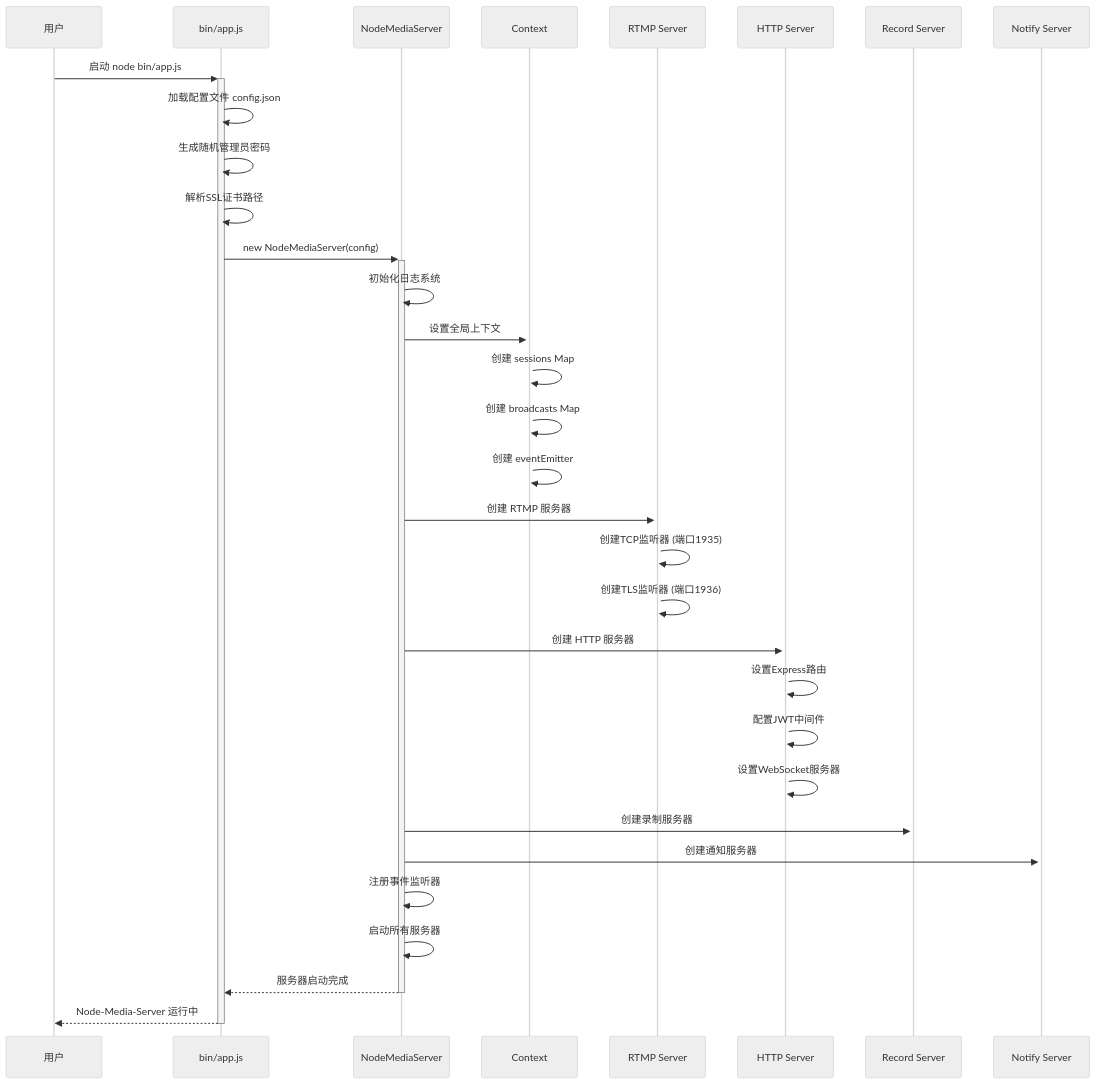
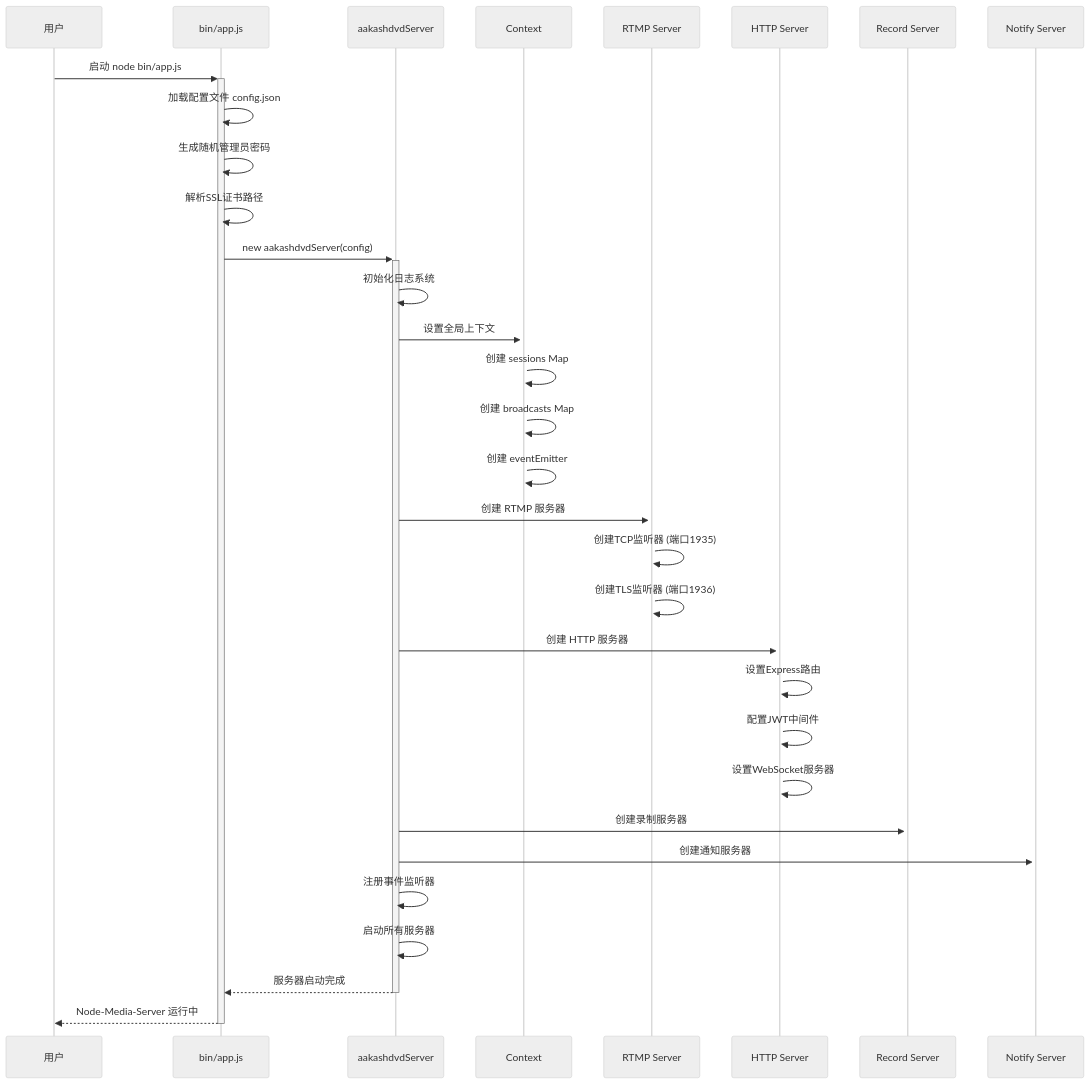
One commit to aakashdvd/NodeCast-Media changed the first of 8 diagrams in docs/sequence-diagrams.md. Above: the diagram before and after it, drawn with Mermaid (neutral theme). The commit also changed 28 other files, not shown here.

````diff
--- a/docs/sequence-diagrams.md
+++ b/docs/sequence-diagrams.md
@@ -5,35 +5,35 @@
 ```mermaid
 sequenceDiagram
     participant User as 用户
     participant App as bin/app.js
-    participant NMS as NodeMediaServer
+    participant NMS as aakashdvdServer
     participant Context as Context
     participant RtmpServer as RTMP Server
     participant HttpServer as HTTP Server
     participant RecordServer as Record Server
     participant NotifyServer as Notify Server
 
     User->>+App: 启动 node bin/app.js
     App->>App: 加载配置文件 config.json
     App->>App: 生成随机管理员密码
     App->>App: 解析SSL证书路径
-    App->>+NMS: new NodeMediaServer(config)
+    App->>+NMS: new aakashdvdServer(config)
     NMS->>NMS: 初始化日志系统
     NMS->>+Context: 设置全局上下文
     Context->>Context: 创建 sessions Map
     Context->>Context: 创建 broadcasts Map
     Context->>Context: 创建 eventEmitter
     NMS->>+RtmpServer: 创建 RTMP 服务器
     RtmpServer->>RtmpServer: 创建TCP监听器 (端口1935)
     RtmpServer->>RtmpServer: 创建TLS监听器 (端口1936)
     NMS->>+HttpServer: 创建 HTTP 服务器
     HttpServer->>HttpServer: 设置Express路由
     HttpServer->>HttpServer: 配置JWT中间件
     HttpServer->>HttpServer: 设置WebSocket服务器
     NMS->>+RecordServer: 创建录制服务器
     NMS->>+NotifyServer: 创建通知服务器
     NMS->>NMS: 注册事件监听器
     NMS->>NMS: 启动所有服务器
     NMS-->>-App: 服务器启动完成
     App-->>-User: Node-Media-Server 运行中
 ```
````
